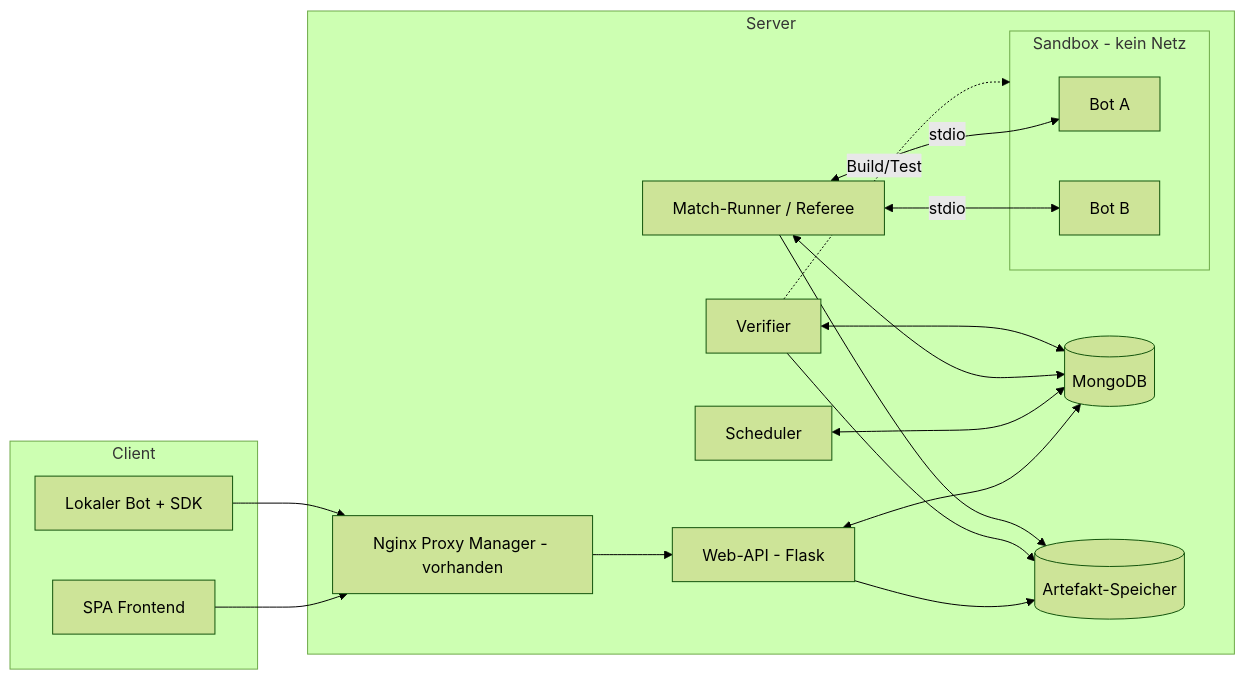
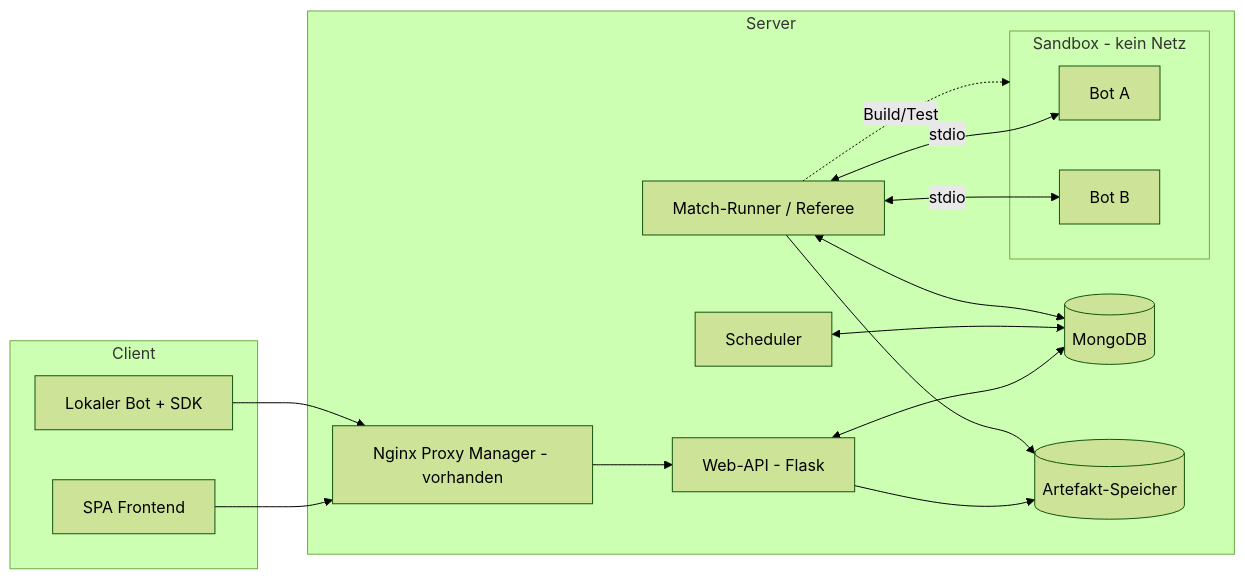
One commit to DevTGP/SchachBotManager changed the diagram in docs/architektur/systemuebersicht.md. Above: the diagram before and after it, drawn with Mermaid (forest theme). The commit also changed other lines of this file and 5 other files, not shown here.

````diff
--- a/docs/architektur/systemuebersicht.md
+++ b/docs/architektur/systemuebersicht.md
@@ -5,32 +5,29 @@
 ```mermaid
 flowchart LR
   subgraph Client
     SPA[SPA Frontend]
     LocalBot[Lokaler Bot + SDK]
   end
   subgraph Server[Server]
     Proxy[Nginx Proxy Manager - vorhanden]
     API[Web-API - Flask]
     DB[(MongoDB)]
     Store[(Artefakt-Speicher)]
     Sched[Scheduler]
     Runner[Match-Runner / Referee]
-    Verif[Verifier]
     subgraph Sandbox[Sandbox - kein Netz]
       BotA[Bot A]
       BotB[Bot B]
     end
   end
   SPA --> Proxy --> API
   LocalBot --> Proxy
   API <--> DB
   API --> Store
   Sched <--> DB
   Runner <--> DB
-  Verif <--> DB
-  Verif --> Store
   Runner --> Store
   Runner <-- stdio --> BotA
   Runner <-- stdio --> BotB
-  Verif -. Build/Test .-> Sandbox
+  Runner -. Build/Test .-> Sandbox
 ```
````
